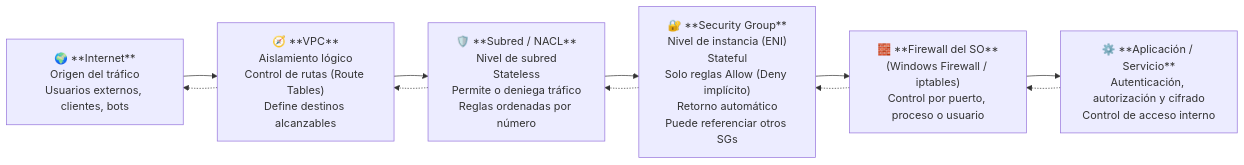
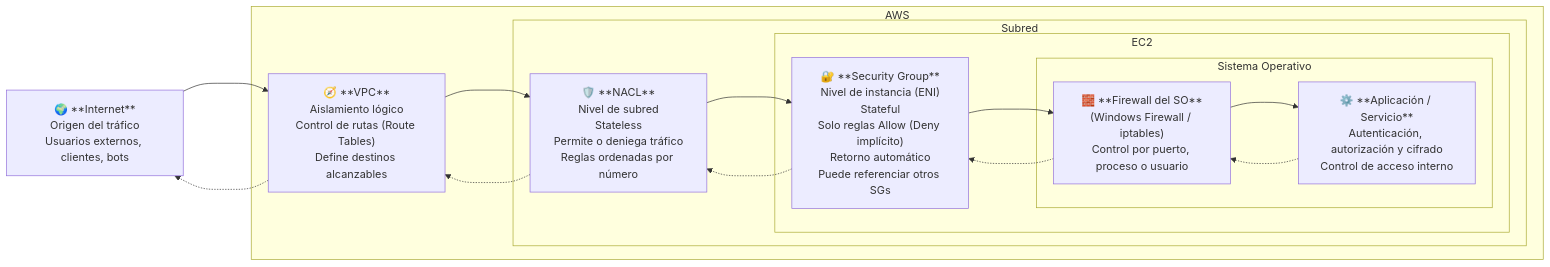
One commit to Marcos-SA-git/AWS-Certifications changed the diagram in SAA-C03/es/3. VPC - Virtual Private Cloud.md. Above: the diagram before and after it, drawn with Mermaid. The commit also changed other lines of this file, not shown here.

````diff
--- a/SAA-C03/es/3. VPC - Virtual Private Cloud.md
+++ b/SAA-C03/es/3. VPC - Virtual Private Cloud.md
@@ -193,17 +193,31 @@
 ```mermaid
 flowchart LR
-  %% Diagrama: Flujo de seguridad en AWS (horizontal, compatible con GitHub)
+  %% Diagrama: Flujo de seguridad en la red
 
-  A["🌍 **Internet**<br>Origen del tráfico<br>Usuarios externos, clientes, bots"] --> 
-  B["🧭 **VPC**<br>Aislamiento lógico<br>Control de rutas (Route Tables)<br>Define destinos alcanzables"] --> 
-  C["🛡️ **Subred / NACL**<br>Nivel de subred<br>Stateless<br>Permite o deniega tráfico<br>Reglas ordenadas por número"] --> 
-  D["🔐 **Security Group**<br>Nivel de instancia (ENI)<br>Stateful<br>Solo reglas Allow (Deny implícito)<br>Retorno automático<br>Puede referenciar otros SGs"] --> 
-  E["🧱 **Firewall del SO**<br>(Windows Firewall / iptables)<br>Control por puerto, proceso o usuario"] --> 
-  F["⚙️ **Aplicación / Servicio**<br>Autenticación, autorización y cifrado<br>Control de acceso interno"]
+  A["🌍 **Internet**<br>Origen del tráfico<br>Usuarios externos, clientes, bots"]
+  subgraph AWS
+    B["🧭 **VPC**<br>Aislamiento lógico<br>Control de rutas (Route Tables)<br>Define destinos alcanzables"]
+    subgraph Subred
+      C["🛡️ **NACL**<br>Nivel de subred<br>Stateless<br>Permite o deniega tráfico<br>Reglas ordenadas por número"]
+      subgraph EC2
+        D["🔐 **Security Group**<br>Nivel de instancia (ENI)<br>Stateful<br>Solo reglas Allow (Deny implícito)<br>Retorno automático<br>Puede referenciar otros SGs"]
+        subgraph Sistema Operativo
+          E["🧱 **Firewall del SO**<br>(Windows Firewall / iptables)<br>Control por puerto, proceso o usuario"]
+          F["⚙️ **Aplicación / Servicio**<br>Autenticación, autorización y cifrado<br>Control de acceso interno"]
+        end
+      end
+    end
+  end
+
+  A ---> B
+  B ---> C
+  C ---> D
+  D ---> E
+  E ---> F
 
   F -.-> E
   E -.-> D
   D -.-> C
   C -.-> B
   B -.-> A
 ```
````
